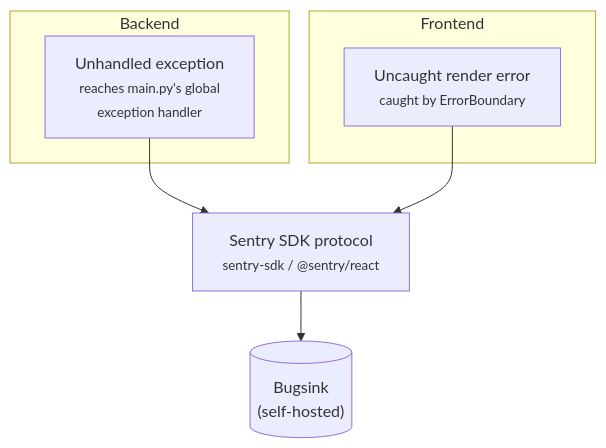
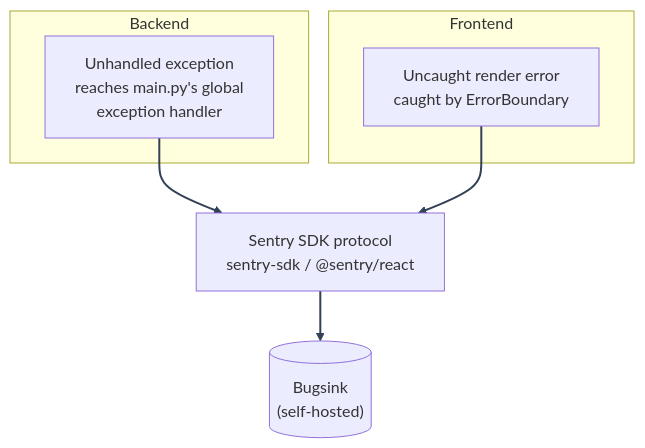
The diagram in docs/mystic_auth/error-monitoring/overview.md (Nachiket-2024/mystic-auth), drawn with Mermaid before and after one commit. The commit also changed other lines of this file and 630 other files, not shown here.

````diff
--- a/docs/mystic_auth/error-monitoring/overview.md
+++ b/docs/mystic_auth/error-monitoring/overview.md
@@ -117,14 +132,16 @@
 ```mermaid
+%%{init: {"themeVariables": {"lineColor": "#334155"}} }%%
 flowchart TD
     subgraph Backend["Backend"]
-        BErr["Unhandled exception<br/><small>reaches main.py's global<br/>exception handler</small>"]
+        BErr["Unhandled exception<br/> reaches main.py's global<br/> exception handler"]
     end
 
     subgraph Frontend["Frontend"]
-        FErr["Uncaught render error<br/><small>caught by ErrorBoundary</small>"]
+        FErr["Uncaught render error<br/> caught by ErrorBoundary"]
     end
 
-    BErr --> SentrySDK["Sentry SDK protocol<br/><small>sentry-sdk / @sentry/react</small>"]
+    BErr --> SentrySDK["Sentry SDK protocol<br/> sentry-sdk / @sentry/react"]
     FErr --> SentrySDK
-    SentrySDK --> Bugsink[("Bugsink<br/>(self-hosted)")]
+    SentrySDK --> Bugsink[("Bugsink<br/> (self-hosted)")]
+    linkStyle default stroke:#334155,stroke-width:2px
 ```
````
